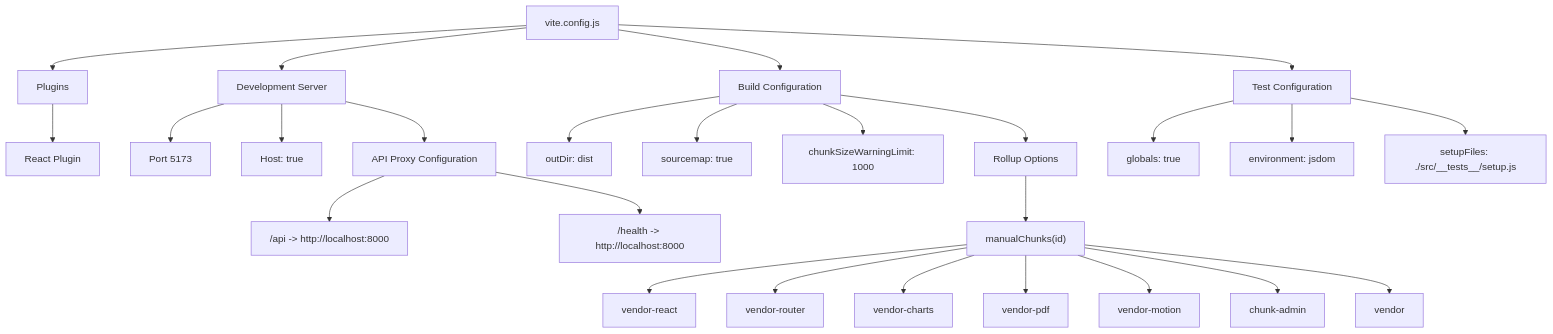
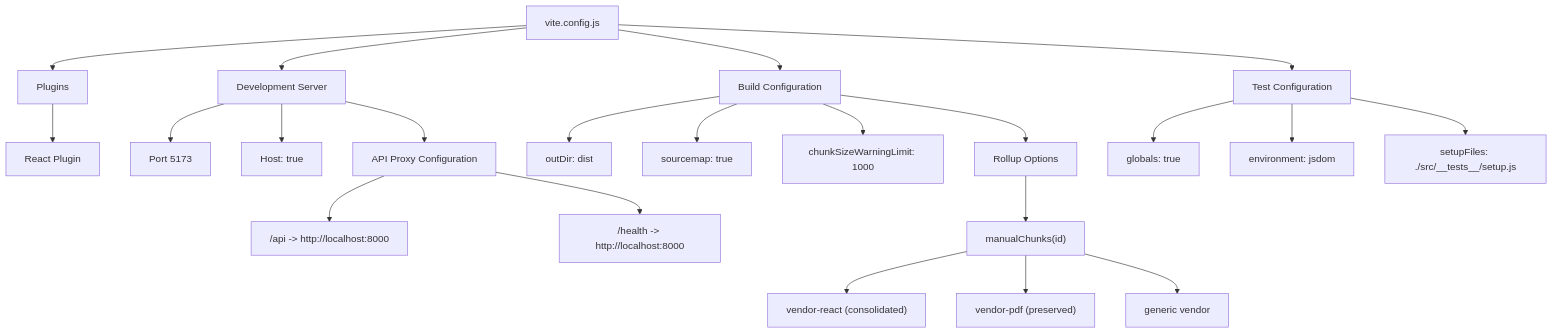
The sixth of 34 diagrams in .qoder/repowiki/en/content/Frontend Architecture/Frontend Architecture.md (Revanththetalogics/aireume), drawn with Mermaid before and after one commit. The commit also changed other lines of this file and 17 other files, not shown here.

Commit message:
fix: resolve 422 and React error #31 on all 7 new admin pages - Fix per_page exceeding backend max (200 -> 100) - Add extractApiError() utility for safe error message rendering - Replace raw error object rendering with string extraction in all pages

````diff
--- a/.qoder/repowiki/en/content/Frontend Architecture/Frontend Architecture.md
+++ b/.qoder/repowiki/en/content/Frontend Architecture/Frontend Architecture.md
@@ -724,28 +728,24 @@
 ```mermaid
 flowchart TD
 ViteConfig["vite.config.js"] --> Plugins["Plugins"]
 ViteConfig --> Server["Development Server"]
 ViteConfig --> Build["Build Configuration"]
 ViteConfig --> Test["Test Configuration"]
 Plugins --> ReactPlugin["React Plugin"]
 Server --> Port["Port 5173"]
 Server --> Host["Host: true"]
 Server --> Proxy["API Proxy Configuration"]
 Proxy --> APITarget["/api -> http://localhost:8000"]
 Proxy --> HealthTarget["/health -> http://localhost:8000"]
 Build --> OutDir["outDir: dist"]
 Build --> Sourcemap["sourcemap: true"]
 Build --> ChunkWarning["chunkSizeWarningLimit: 1000"]
 Build --> RollupOptions["Rollup Options"]
 RollupOptions --> ManualChunks["manualChunks(id)"]
-ManualChunks --> ReactChunk["vendor-react"]
-ManualChunks --> RouterChunk["vendor-router"]
-ManualChunks --> ChartsChunk["vendor-charts"]
-ManualChunks --> PDFChunk["vendor-pdf"]
-ManualChunks --> MotionChunk["vendor-motion"]
-ManualChunks --> AdminChunk["chunk-admin"]
-ManualChunks --> GenericVendor["vendor"]
+ManualChunks --> ReactChunk["vendor-react (consolidated)"]
+ManualChunks --> PDFChunk["vendor-pdf (preserved)"]
+ManualChunks --> GenericVendor["generic vendor"]
 Test --> Globals["globals: true"]
 Test --> Environment["environment: jsdom"]
 Test --> SetupFiles["setupFiles: ./src/__tests__/setup.js"]
 ```
````
